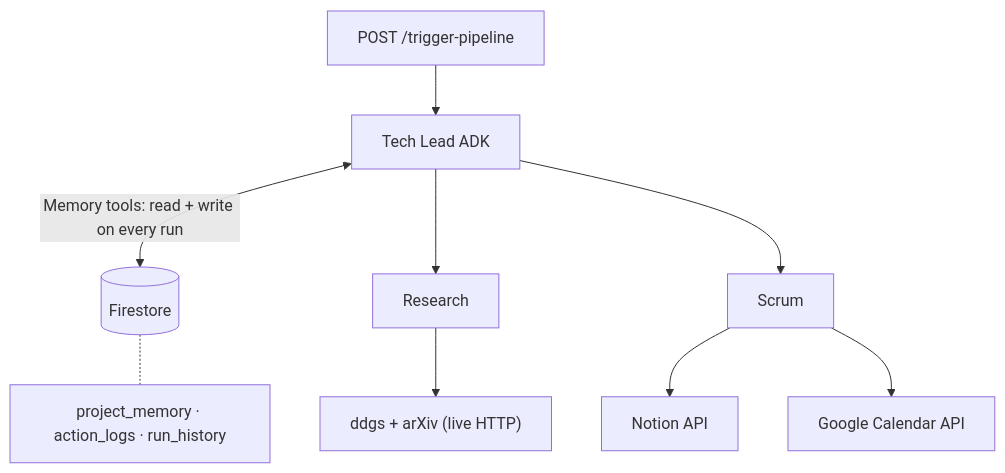
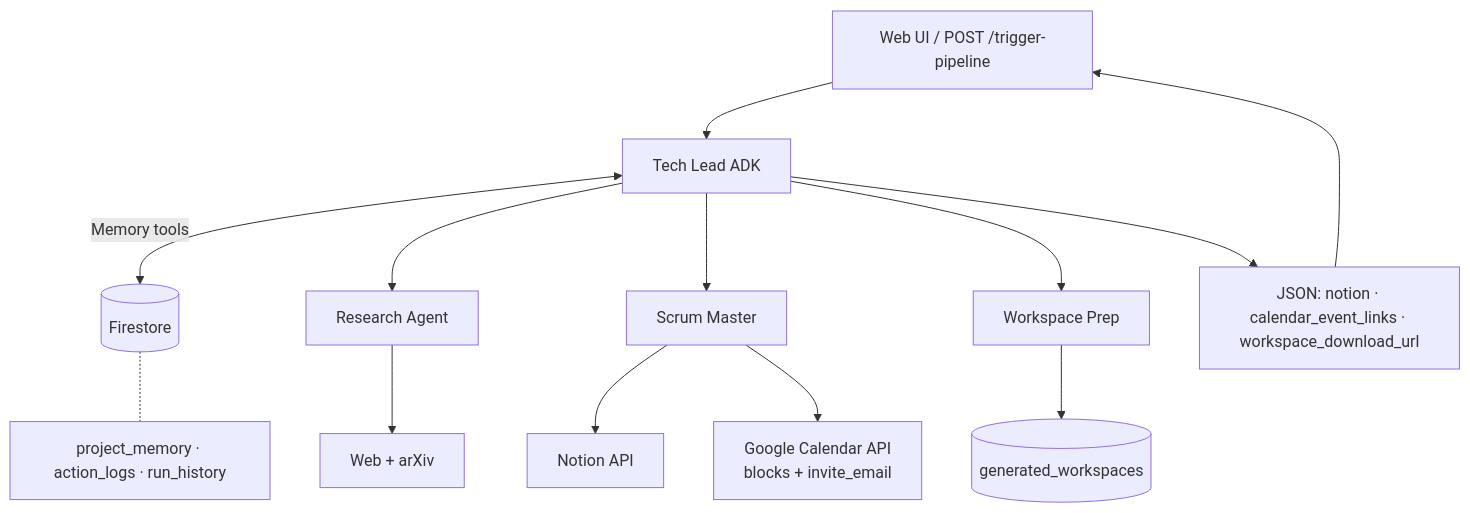
The diagram in README.md (FANGxPC/autonomous-rnd-system), drawn with Mermaid before and after one commit. The commit also changed other lines of this file, not shown here.

````diff
--- a/README.md
+++ b/README.md
@@ -28,14 +90,20 @@
 ```mermaid
 flowchart TB
-  API["POST /trigger-pipeline"] --> TL[Tech Lead ADK]
+  UI["Web UI / POST /trigger-pipeline"] --> TL[Tech Lead ADK]
 
-  TL <-->|"Memory tools: read + write on every run"| FS[(Firestore)]
+  TL <-->|"Memory tools"| FS[(Firestore)]
   FS -.- MEM["project_memory · action_logs · run_history"]
 
-  TL --> R[Research]
-  R --> WEB["ddgs + arXiv (live HTTP)"]
+  TL --> R[Research Agent]
+  R --> WEB["Web + arXiv"]
 
-  TL --> S[Scrum]
+  TL --> S[Scrum Master]
   S --> N[Notion API]
-  S --> GC[Google Calendar API]
+  S --> GC["Google Calendar API<br/>blocks + invite_email"]
+
+  TL --> W[Workspace Prep]
+  W --> DISK[(generated_workspaces)]
+
+  TL --> OUT["JSON: notion · calendar_event_links · workspace_download_url"]
+  OUT --> UI
 ```
````
